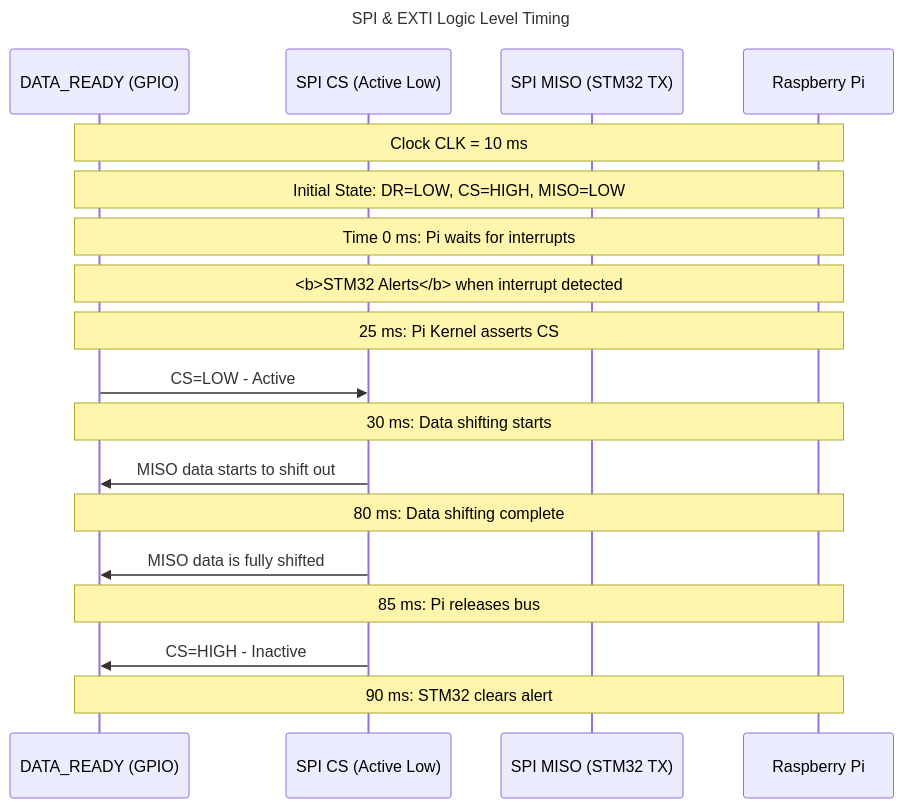
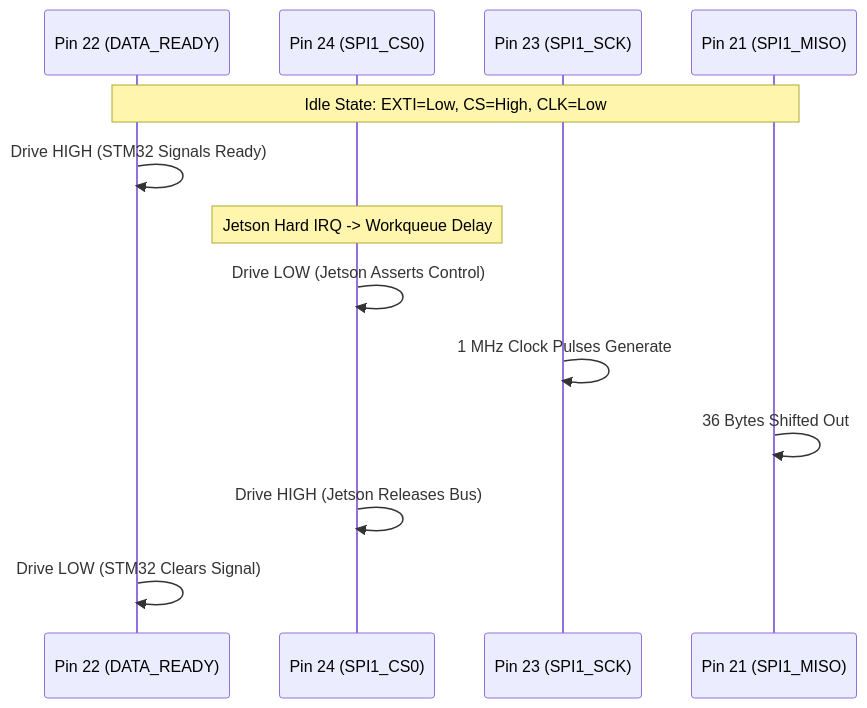
The diagram in docs/diagrams/timing_diagrams/sprint3_timing.mmd (sheteshreyash/IPC-Bridge), drawn with Mermaid before and after one commit. The commit also changed 21 other files, not shown here.

```diff
--- a/docs/diagrams/timing_diagrams/sprint3_timing.mmd
+++ b/docs/diagrams/timing_diagrams/sprint3_timing.mmd
@@ -1,19 +1,14 @@
 sequenceDiagram
-    title SPI & EXTI Logic Level Timing
-    participant GPIO as DATA_READY (GPIO)
-    participant CS as SPI CS (Active Low)
-    participant MISO as SPI MISO (STM32 TX)
-    participant Pi as Raspberry Pi
-    Note over GPIO,Pi: Clock CLK = 10 ms
-    Note over GPIO,Pi: Initial State: DR=LOW, CS=HIGH, MISO=LOW
-    Note over GPIO,Pi: Time 0 ms: Pi waits for interrupts
-    Note over GPIO,Pi: <b>STM32 Alerts</b> when interrupt detected
-    Note over GPIO,Pi: 25 ms: Pi Kernel asserts CS
-    GPIO->>CS: CS=LOW - Active
-    Note over GPIO,Pi: 30 ms: Data shifting starts
-    CS->>GPIO: MISO data starts to shift out
-    Note over GPIO,Pi: 80 ms: Data shifting complete
-    CS->>GPIO: MISO data is fully shifted
-    Note over GPIO,Pi: 85 ms: Pi releases bus
-    CS->>GPIO: CS=HIGH - Inactive
-    Note over GPIO,Pi: 90 ms: STM32 clears alert
+    participant EXTI as Pin 22 (DATA_READY)
+    participant CS as Pin 24 (SPI1_CS0)
+    participant CLK as Pin 23 (SPI1_SCK)
+    participant MISO as Pin 21 (SPI1_MISO)
+
+    Note over EXTI,MISO: Idle State: EXTI=Low, CS=High, CLK=Low
+    EXTI->>EXTI: Drive HIGH (STM32 Signals Ready)
+    Note over CS: Jetson Hard IRQ -> Workqueue Delay
+    CS->>CS: Drive LOW (Jetson Asserts Control)
+    CLK->>CLK: 1 MHz Clock Pulses Generate
+    MISO->>MISO: 36 Bytes Shifted Out
+    CS->>CS: Drive HIGH (Jetson Releases Bus)
+    EXTI->>EXTI: Drive LOW (STM32 Clears Signal)
```
